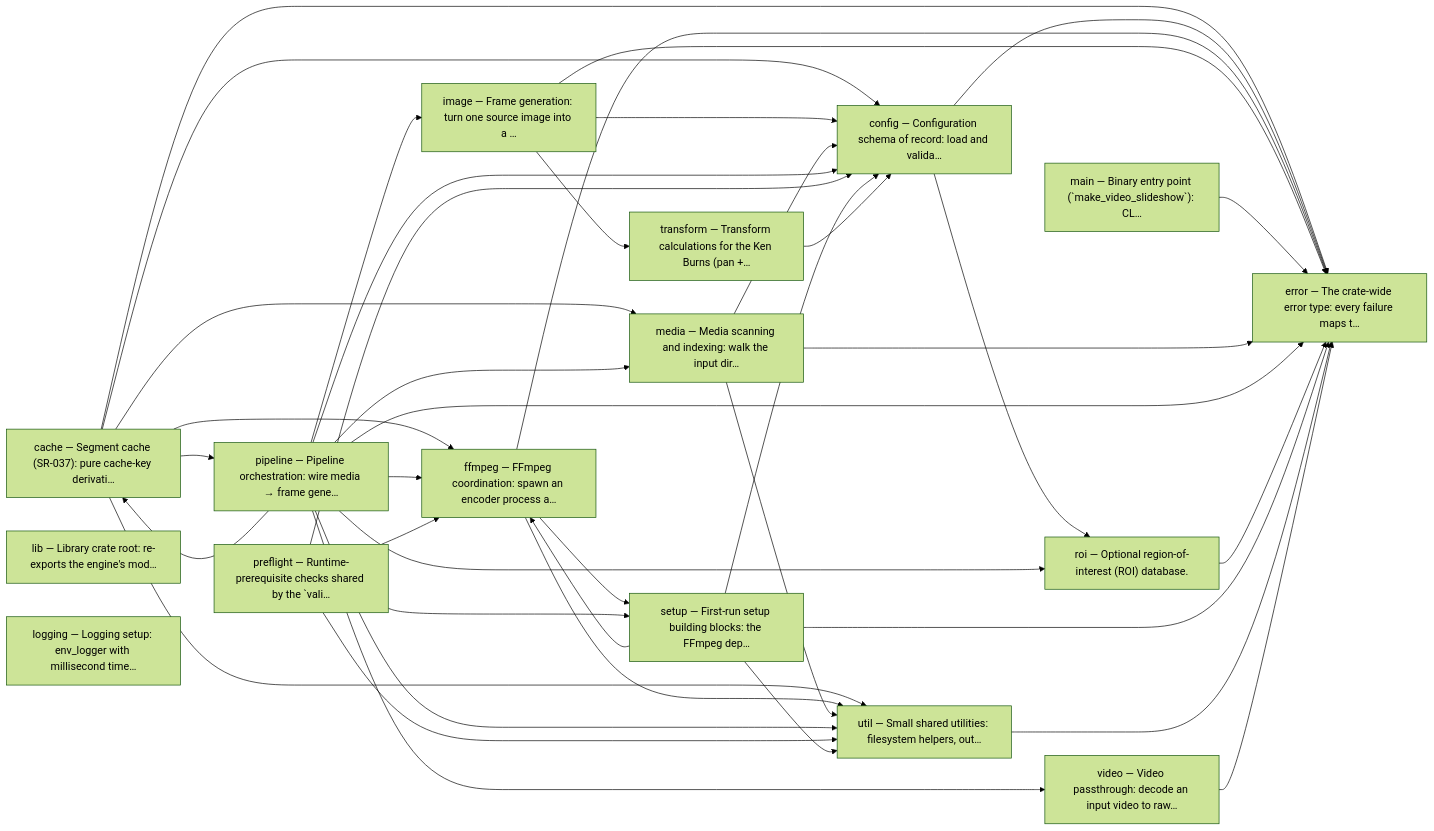
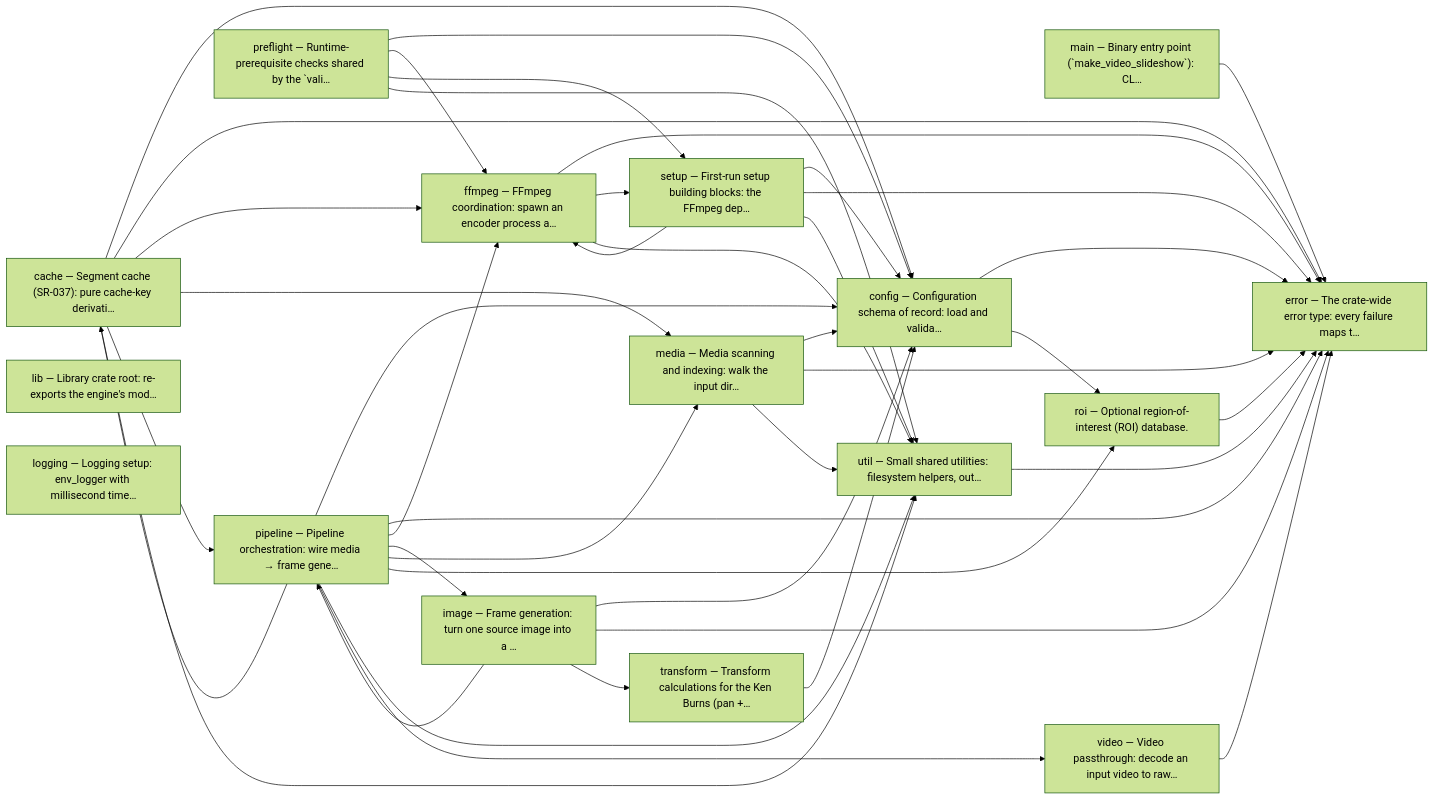
The seventh of 7 diagrams in docs/architecture.md (AuroLeap/Pictures2VideoSlideShow), drawn with Mermaid (forest theme) before and after one commit. The commit also changed other lines of this file and 18 other files, not shown here.

````diff
--- a/docs/architecture.md
+++ b/docs/architecture.md
@@ -231,58 +231,59 @@
 ```mermaid
 graph LR
     m_cache["cache — Segment cache (SR-037): pure cache-key derivati…"]
     m_config["config — Configuration schema of record: load and valida…"]
     m_error["error — The crate-wide error type: every failure maps t…"]
     m_ffmpeg["ffmpeg — FFmpeg coordination: spawn an encoder process a…"]
     m_image["image — Frame generation: turn one source image into a …"]
     m_lib["lib — Library crate root: re-exports the engine's mod…"]
     m_logging["logging — Logging setup: env_logger with millisecond time…"]
     m_main["main — Binary entry point (`make_video_slideshow`): CL…"]
     m_media["media — Media scanning and indexing: walk the input dir…"]
     m_pipeline["pipeline — Pipeline orchestration: wire media → frame gene…"]
     m_preflight["preflight — Runtime-prerequisite checks shared by the `vali…"]
     m_roi["roi — Optional region-of-interest (ROI) database."]
     m_setup["setup — First-run setup building blocks: the FFmpeg dep…"]
     m_transform["transform — Transform calculations for the Ken Burns (pan +…"]
     m_util["util — Small shared utilities: filesystem helpers, out…"]
     m_video["video — Video passthrough: decode an input video to raw…"]
     m_cache --> m_config
     m_cache --> m_error
     m_cache --> m_ffmpeg
     m_cache --> m_media
     m_cache --> m_pipeline
     m_cache --> m_util
     m_config --> m_error
     m_config --> m_roi
     m_ffmpeg --> m_error
     m_ffmpeg --> m_setup
     m_ffmpeg --> m_util
     m_image --> m_config
     m_image --> m_error
+    m_image --> m_pipeline
     m_image --> m_transform
     m_main --> m_error
     m_media --> m_config
     m_media --> m_error
     m_media --> m_util
     m_pipeline --> m_cache
     m_pipeline --> m_config
     m_pipeline --> m_error
     m_pipeline --> m_ffmpeg
     m_pipeline --> m_image
     m_pipeline --> m_media
     m_pipeline --> m_roi
     m_pipeline --> m_util
     m_pipeline --> m_video
     m_preflight --> m_config
     m_preflight --> m_ffmpeg
     m_preflight --> m_setup
     m_preflight --> m_util
     m_roi --> m_error
     m_setup --> m_config
     m_setup --> m_error
     m_setup --> m_ffmpeg
     m_setup --> m_util
     m_transform --> m_config
     m_util --> m_error
     m_video --> m_error
 ```
````
